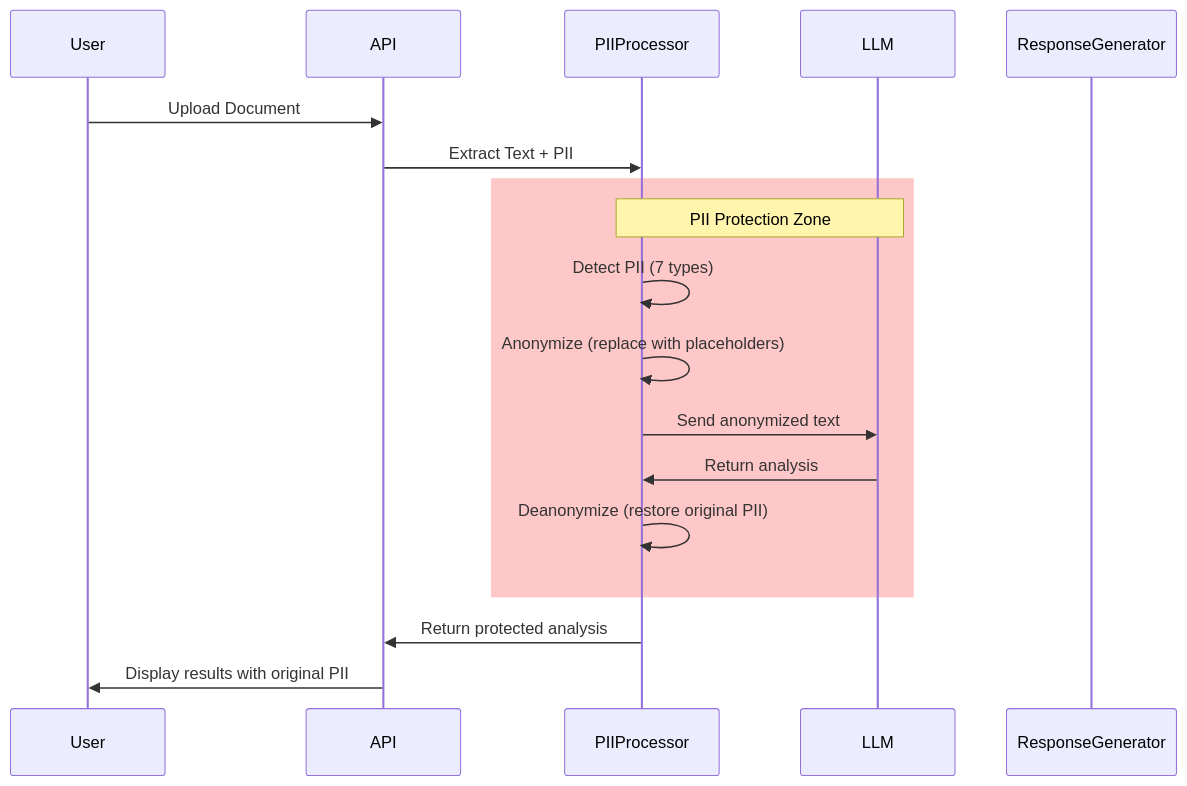
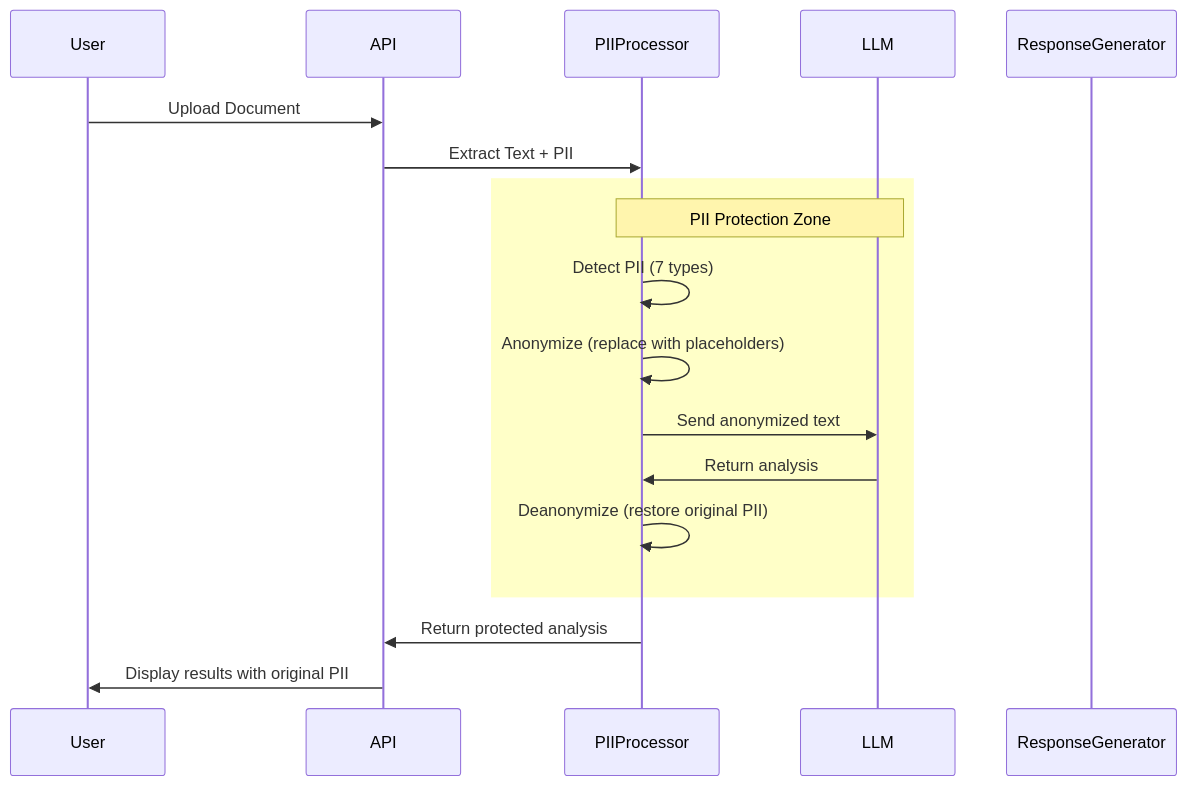
One commit to mukundhr/healthAI changed the diagram in design.md. Above: the diagram before and after it, drawn with Mermaid.

Commit message:
Updated Colour in Design.md

````diff
--- a/design.md
+++ b/design.md
@@ -151,23 +151,23 @@
 ```mermaid
 sequenceDiagram
     participant User
     participant API
     participant PIIProcessor
     participant LLM
     participant ResponseGenerator
     
     User->>API: Upload Document
     API->>PIIProcessor: Extract Text + PII
     
-    rect rgb(255, 200, 200)
+    rect rgb(255, 255, 200)
     Note over PIIProcessor, LLM: PII Protection Zone
     PIIProcessor->>PIIProcessor: Detect PII (7 types)
     PIIProcessor->>PIIProcessor: Anonymize (replace with placeholders)
     PIIProcessor->>LLM: Send anonymized text
     LLM->>PIIProcessor: Return analysis
     PIIProcessor->>PIIProcessor: Deanonymize (restore original PII)
     end
     
     PIIProcessor->>API: Return protected analysis
     API->>User: Display results with original PII
 ```
````
